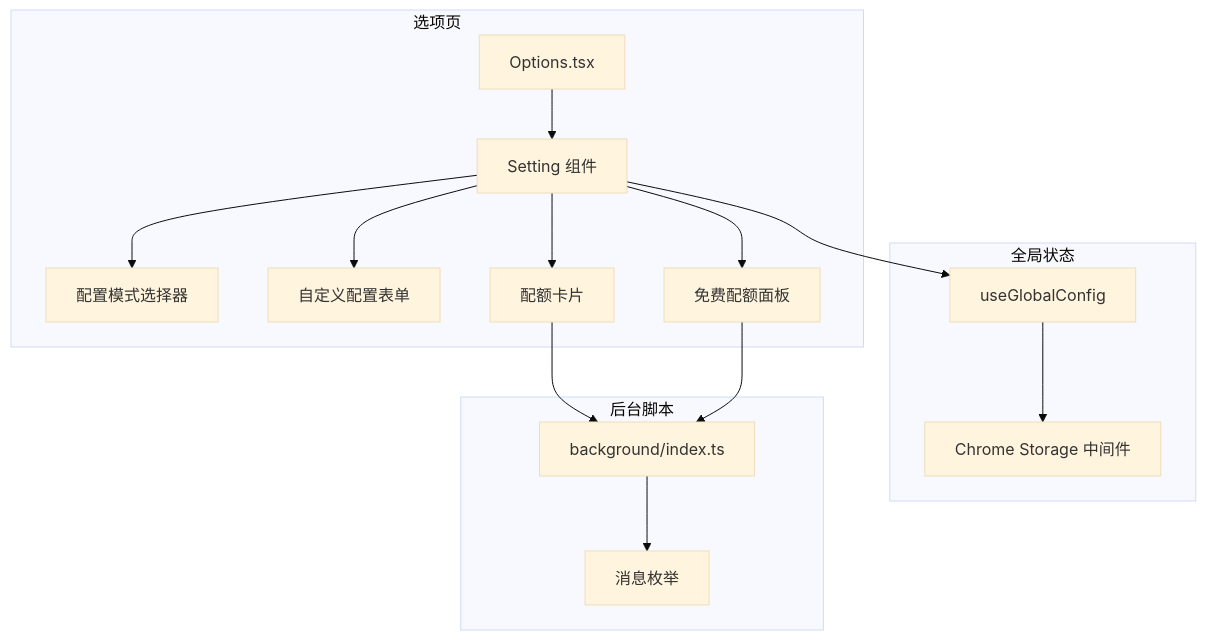
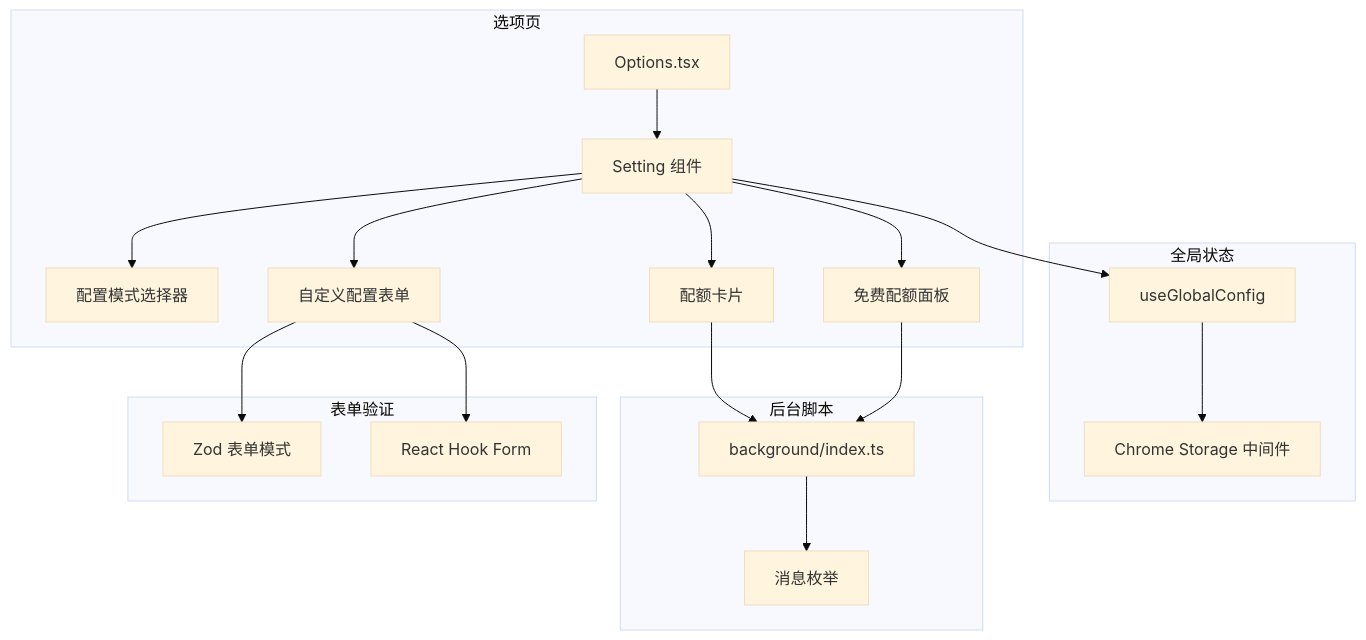
One commit to RadiumAg/bilibili-favorites changed the first of 7 diagrams in .qoder/repowiki/zh/content/核心功能模块/配置管理系统.md. Above: the diagram before and after it, drawn with Mermaid (base theme). The commit also changed other lines of this file and 21 other files, not shown here.

````diff
--- a/.qoder/repowiki/zh/content/核心功能模块/配置管理系统.md
+++ b/.qoder/repowiki/zh/content/核心功能模块/配置管理系统.md
@@ -51,29 +53,35 @@
 ```mermaid
 graph TB
 subgraph "选项页"
 Options["Options.tsx"]
 Setting["Setting 组件"]
 ConfigMode["配置模式选择器"]
 CustomForm["自定义配置表单"]
 QuotaCard["配额卡片"]
 FreePanel["免费配额面板"]
 end
 subgraph "全局状态"
 GlobalStore["useGlobalConfig"]
 StorageMW["Chrome Storage 中间件"]
 end
 subgraph "后台脚本"
 Background["background/index.ts"]
 MessageEnum["消息枚举"]
 end
+subgraph "表单验证"
+FormSchema["Zod 表单模式"]
+FormProvider["React Hook Form"]
+end
 Options --> Setting
 Setting --> ConfigMode
 Setting --> CustomForm
 Setting --> QuotaCard
 Setting --> FreePanel
 Setting --> GlobalStore
 GlobalStore --> StorageMW
+CustomForm --> FormSchema
+CustomForm --> FormProvider
 QuotaCard --> Background
 FreePanel --> Background
 Background --> MessageEnum
 ```
````
